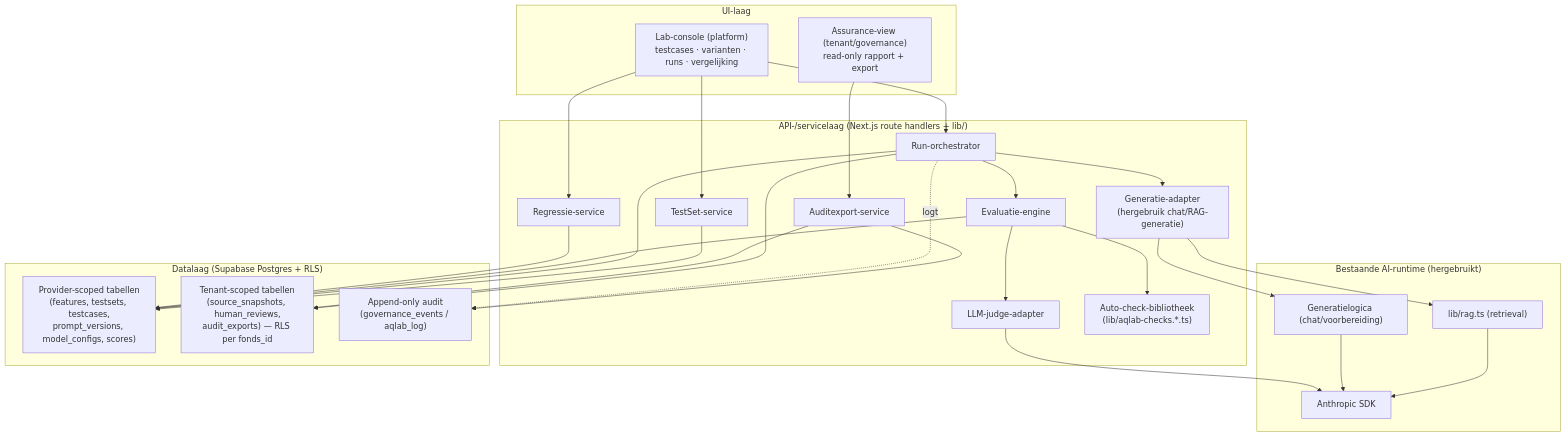
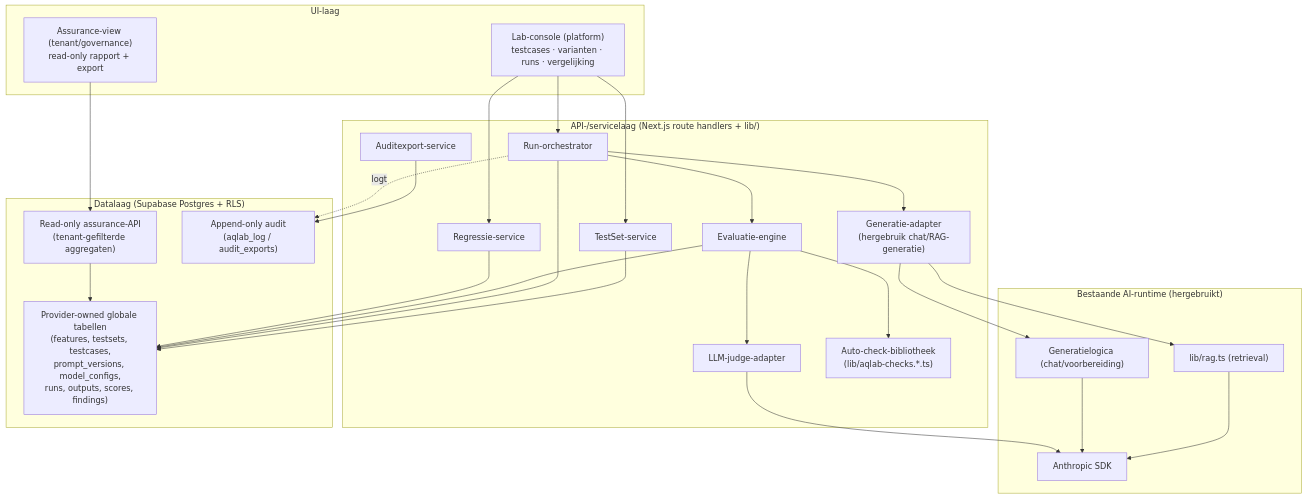
One commit to merlinijzerman/Bestuurdersportaal changed the third of 6 diagrams in AI-QUALITY-LAB-ARCHITECTUUR.md. Above: the diagram before and after it, drawn with Mermaid. The commit also changed other lines of this file and 21 other files, not shown here.

````diff
--- a/AI-QUALITY-LAB-ARCHITECTUUR.md
+++ b/AI-QUALITY-LAB-ARCHITECTUUR.md
@@ -160,39 +169,40 @@
 ```mermaid
 flowchart TB
   subgraph UI["UI-laag"]
     LABUI["Lab-console (platform)\ntestcases · varianten · runs · vergelijking"]
     ASSURUI["Assurance-view (tenant/governance)\nread-only rapport + export"]
   end
   subgraph API["API-/servicelaag (Next.js route handlers + lib/)"]
     TSSVC["TestSet-service"]
     RUNSVC["Run-orchestrator"]
     GENADP["Generatie-adapter\n(hergebruik chat/RAG-generatie)"]
     EVALENG["Evaluatie-engine"]
     JUDGE["LLM-judge-adapter"]
     CHECKS["Auto-check-bibliotheek\n(lib/aqlab-checks.*.ts)"]
     REGSVC["Regressie-service"]
     EXPSVC["Auditexport-service"]
   end
   subgraph GEN["Bestaande AI-runtime (hergebruikt)"]
     RAG["lib/rag.ts (retrieval)"]
     CHATGEN["Generatielogica (chat/voorbereiding)"]
     ANTH["Anthropic SDK"]
   end
   subgraph DATA["Datalaag (Supabase Postgres + RLS)"]
-    DBGLOB["Provider-scoped tabellen\n(features, testsets, testcases,\nprompt_versions, model_configs, scores)"]
-    DBTEN["Tenant-scoped tabellen\n(source_snapshots, human_reviews,\naudit_exports) — RLS per fonds_id"]
-    AUDIT["Append-only audit\n(governance_events / aqlab_log)"]
+    DBGLOB["Provider-owned globale tabellen\n(features, testsets, testcases,\nprompt_versions, model_configs,\nruns, outputs, scores, findings)"]
+    ASSUR["Read-only assurance-API\n(tenant-gefilterde aggregaten)"]
+    AUDIT["Append-only audit\n(aqlab_log / audit_exports)"]
   end
   LABUI --> TSSVC & RUNSVC & REGSVC
-  ASSURUI --> EXPSVC
+  ASSURUI --> ASSUR
   RUNSVC --> GENADP --> RAG & CHATGEN --> ANTH
   RUNSVC --> EVALENG
   EVALENG --> CHECKS & JUDGE
   JUDGE --> ANTH
   TSSVC --> DBGLOB
-  RUNSVC --> DBGLOB & DBTEN
+  RUNSVC --> DBGLOB
   EVALENG --> DBGLOB
   REGSVC --> DBGLOB
-  EXPSVC --> DBTEN & AUDIT
+  EXPSVC --> AUDIT
+  ASSUR --> DBGLOB
   RUNSVC -. logt .-> AUDIT
 ```
````
